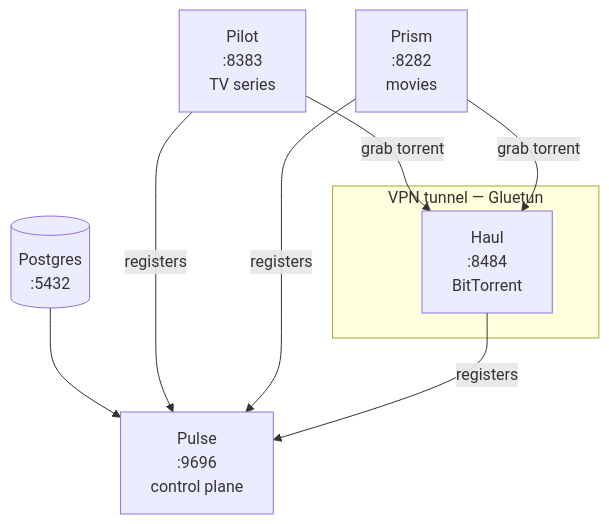
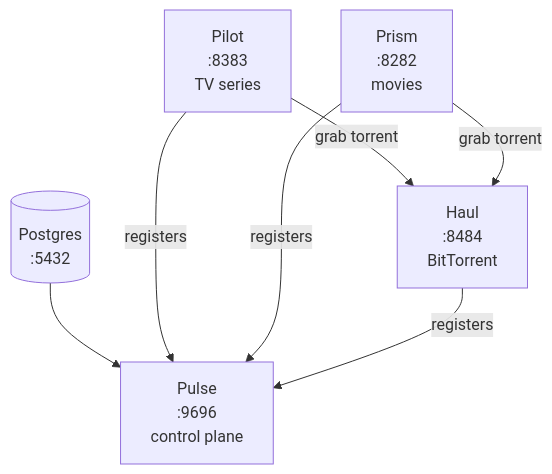
Before and after one commit to Beacon-Stack/deploy: the diagram in README.md, drawn with Mermaid. The commit also changed other lines of this file and 3 other files, not shown here.

First line of the commit message:
docs: update README + dev override + CI for one-command-up flow

````diff
--- a/README.md
+++ b/README.md
@@ -26,18 +27,14 @@
 ```mermaid
 graph TD
     PG[("Postgres<br/>:5432")]
     PG --> PULSE
 
     PULSE["Pulse<br/>:9696<br/>control plane"]
 
     PILOT["Pilot<br/>:8383<br/>TV series"] -->|registers| PULSE
     PRISM["Prism<br/>:8282<br/>movies"] -->|registers| PULSE
+    HAUL["Haul<br/>:8484<br/>BitTorrent"] -->|registers| PULSE
 
     PILOT -->|grab torrent| HAUL
     PRISM -->|grab torrent| HAUL
-
-    subgraph VPN tunnel [VPN tunnel — Gluetun]
-        HAUL["Haul<br/>:8484<br/>BitTorrent"]
-    end
-    HAUL -->|registers| PULSE
 ```
````
